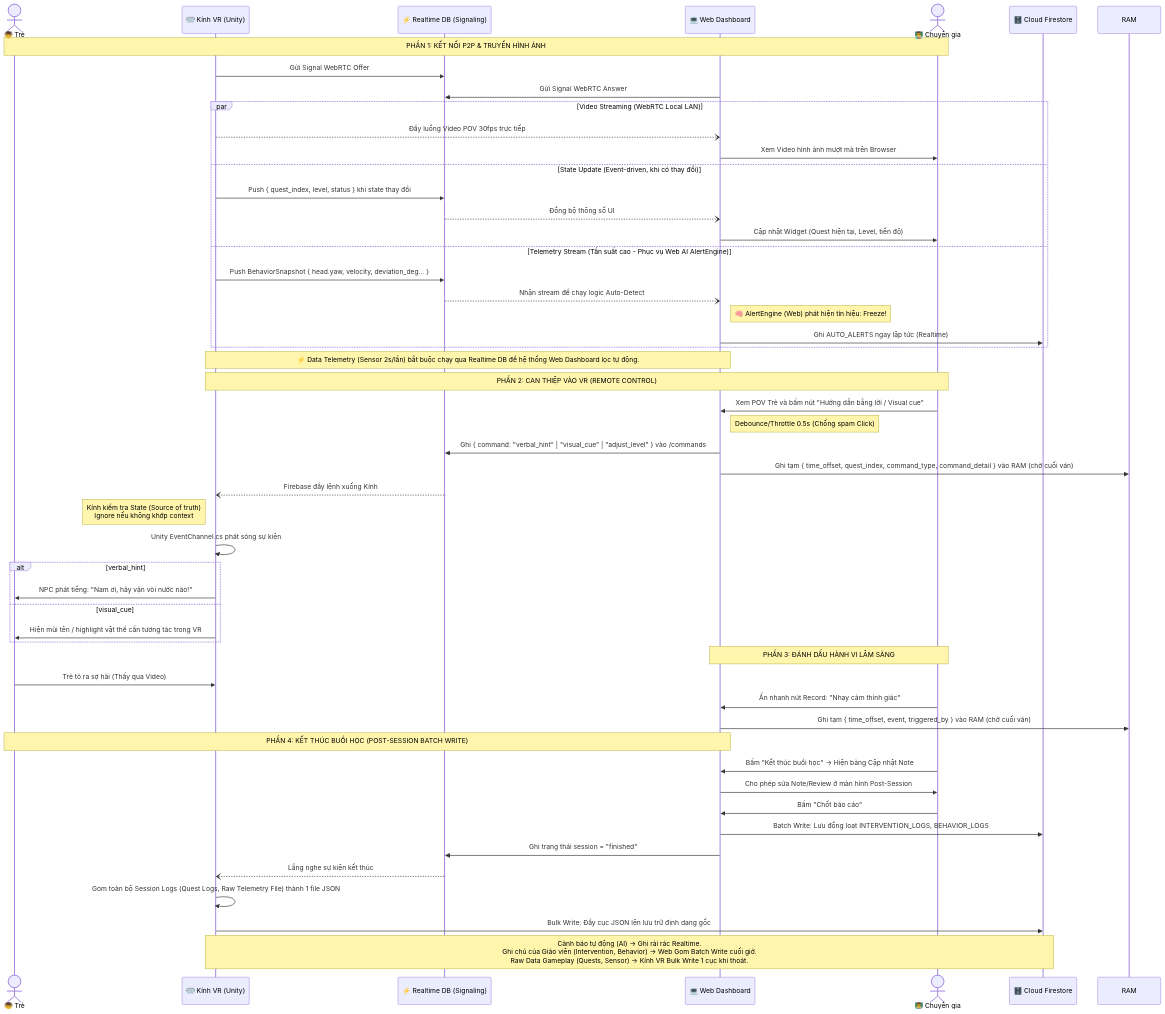
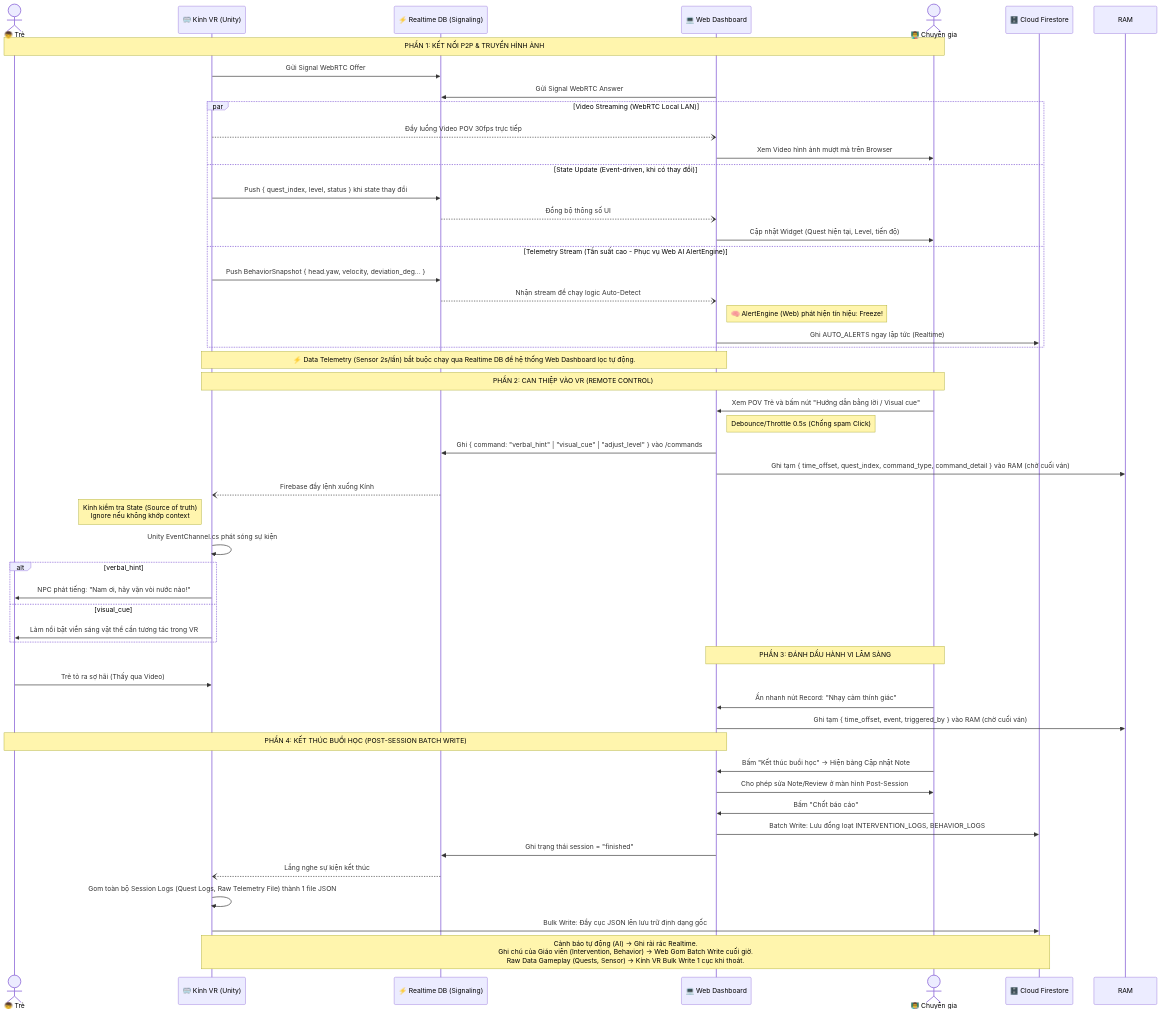
The third of 4 diagrams in doc/architecture/SYSTEM_ARCHITECTURE_DIAGRAMS.md (notvux00/VRA-web), drawn with Mermaid before and after one commit. The commit also changed 11 other files, not shown here.

First line of the commit message:
docs(arch): sync architecture docs and gitnexus rules

````diff
--- a/doc/architecture/SYSTEM_ARCHITECTURE_DIAGRAMS.md
+++ b/doc/architecture/SYSTEM_ARCHITECTURE_DIAGRAMS.md
@@ -132,58 +132,58 @@
 ```mermaid
 sequenceDiagram
     actor Child as 👦 Trẻ
     participant VR as 🥽 Kính VR (Unity)
     participant LiveDB as ⚡ Realtime DB (Signaling)
     participant Web as 💻 Web Dashboard
     actor Expert as 👨‍🏫 Chuyên gia
 
     Note over Child, Expert: PHẦN 1: KẾT NỐI P2P & TRUYỀN HÌNH ẢNH
     VR->>LiveDB: Gửi Signal WebRTC Offer 
     Web->>LiveDB: Gửi Signal WebRTC Answer
     par Video Streaming (WebRTC Local LAN)
         VR--)Web: Đẩy luồng Video POV 30fps trực tiếp
         Web->>Expert: Xem Video hình ảnh mượt mà trên Browser
     and State Update (Event-driven, khi có thay đổi)
         VR->>LiveDB: Push { quest_index, level, status } khi state thay đổi
         LiveDB--)Web: Đồng bộ thông số UI
         Web->>Expert: Cập nhật Widget (Quest hiện tại, Level, tiến độ)
     and Telemetry Stream (Tần suất cao - Phục vụ Web AI AlertEngine)
         VR->>LiveDB: Push BehaviorSnapshot { head.yaw, velocity, deviation_deg... }
         LiveDB--)Web: Nhận stream để chạy logic Auto-Detect
         Note right of Web: 🧠 AlertEngine (Web) phát hiện tín hiệu: Freeze!
         Web->>Firestore: Ghi AUTO_ALERTS ngay lập tức (Realtime)
     end
     Note over VR, Web: ⚡ Data Telemetry (Sensor 2s/lần) bắt buộc chạy qua Realtime DB để hệ thống Web Dashboard lọc tự động.
 
     Note over Expert, VR: PHẦN 2: CAN THIỆP VÀO VR (REMOTE CONTROL)
     Expert->>Web: Xem POV Trẻ và bấm nút "Hướng dẫn bằng lời / Visual cue"
     Note right of Web: Debounce/Throttle 0.5s (Chống spam Click)
     Web->>LiveDB: Ghi { command: "verbal_hint" | "visual_cue" | "adjust_level" } vào /commands
     Web->>RAM: Ghi tạm { time_offset, quest_index, command_type, command_detail } vào RAM (chờ cuối ván)
     
     LiveDB--)VR: Firebase đẩy lệnh xuống Kính
     Note left of VR: Kính kiểm tra State (Source of truth)<br/>Ignore nếu không khớp context
     VR->>VR: Unity EventChannel.cs phát sóng sự kiện
     alt verbal_hint
         VR->>Child: NPC phát tiếng: "Nam ơi, hãy vặn vòi nước nào!"
     else visual_cue
-        VR->>Child: Hiện mũi tên / highlight vật thể cần tương tác trong VR
+        VR->>Child: Làm nổi bật viền sáng vật thể cần tương tác trong VR
     end
     
     Note over Expert, Web: PHẦN 3: ĐÁNH DẤU HÀNH VI LÂM SÀNG
     Child->>VR: Trẻ tỏ ra sợ hãi (Thấy qua Video)
     Expert->>Web: Ấn nhanh nút Record: "Nhạy cảm thính giác"
     Web->>RAM: Ghi tạm { time_offset, event, triggered_by } vào RAM (chờ cuối ván)
 
     Note over Child, Web: PHẦN 4: KẾT THÚC BUỔI HỌC (POST-SESSION BATCH WRITE)
     Expert->>Web: Bấm "Kết thúc buổi học" -> Hiện bảng Cập nhật Note
     Web->>Expert: Cho phép sửa Note/Review ở màn hình Post-Session
     Expert->>Web: Bấm "Chốt báo cáo"
     participant Firestore as 🗄️ Cloud Firestore
     Web->>Firestore: Batch Write: Lưu đồng loạt INTERVENTION_LOGS, BEHAVIOR_LOGS
     Web->>LiveDB: Ghi trạng thái session = "finished"
     LiveDB--)VR: Lắng nghe sự kiện kết thúc
     VR->>VR: Gom toàn bộ Session Logs (Quest Logs, Raw Telemetry File) thành 1 file JSON
     VR->>Firestore: Bulk Write: Đẩy cục JSON lên lưu trữ định dạng gốc
     Note over VR, Firestore: Cảnh báo tự động (AI) -> Ghi rải rác Realtime.<br/>Ghi chú của Giáo viên (Intervention, Behavior) -> Web Gom Batch Write cuối giờ.<br/>Raw Data Gameplay (Quests, Sensor) -> Kính VR Bulk Write 1 cục khi thoát.
 ```
````
